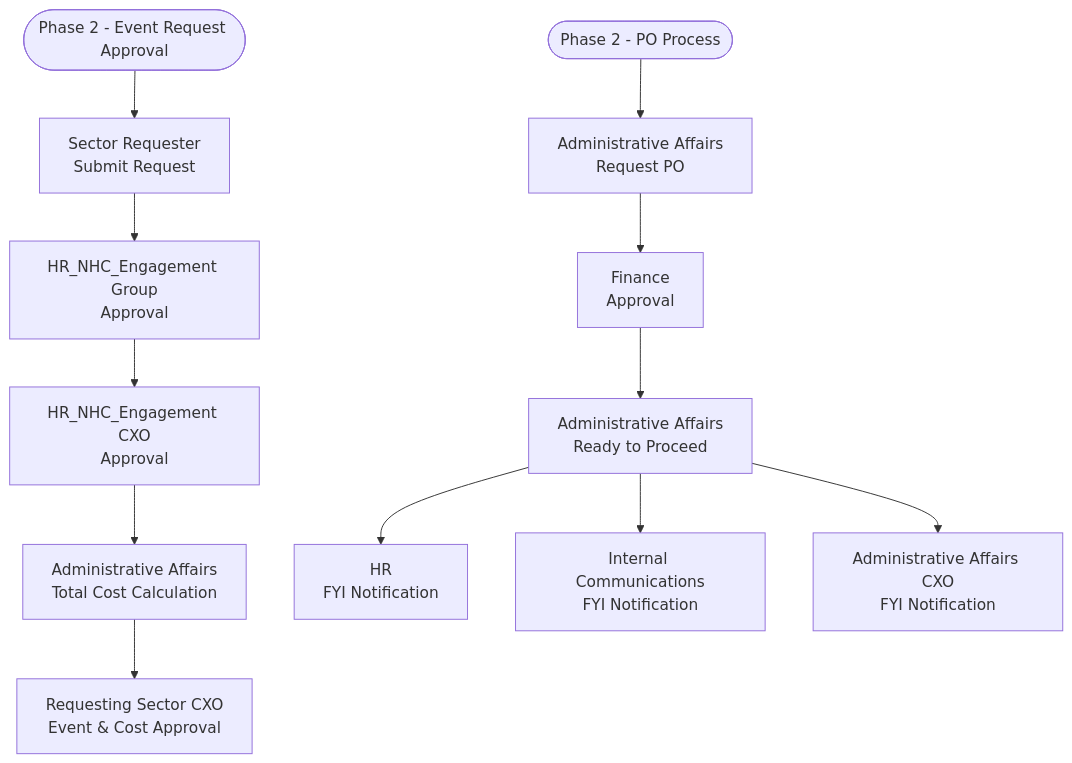
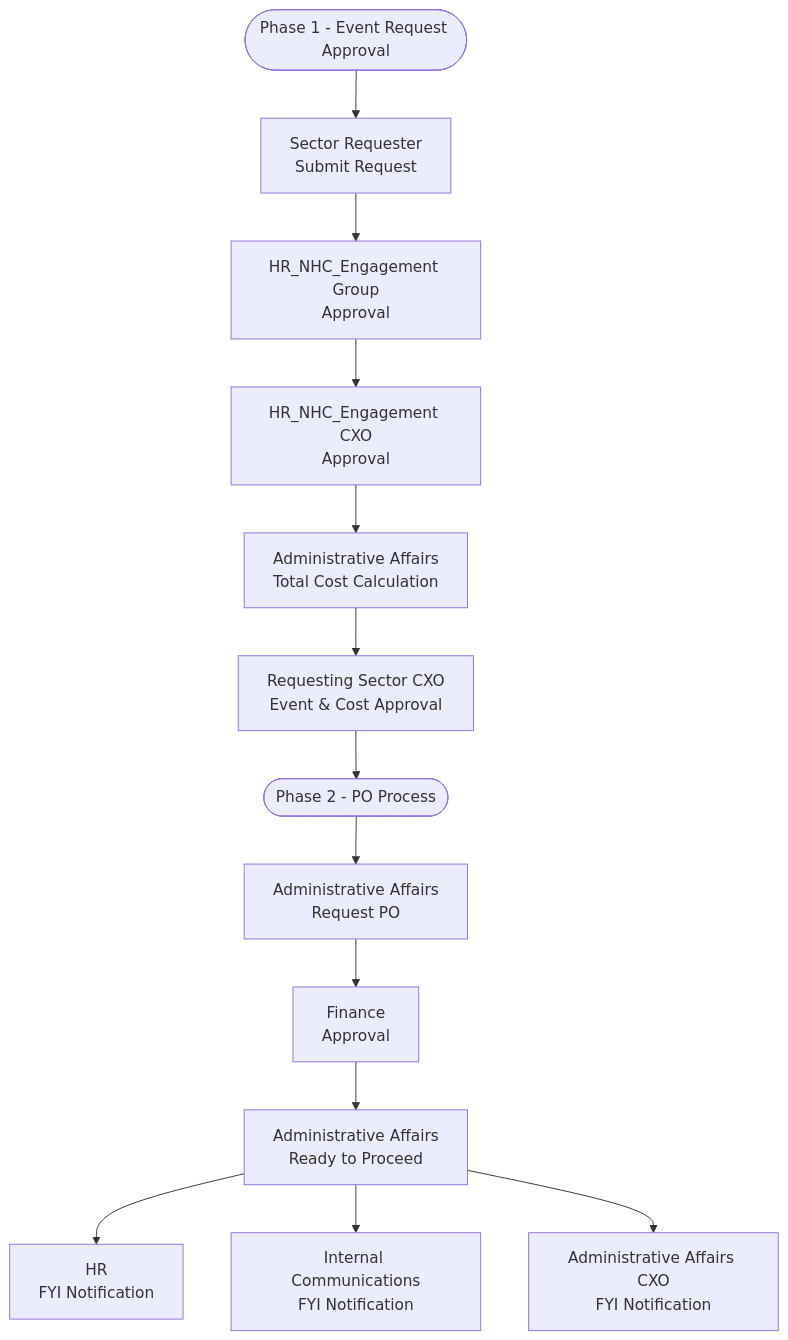
One commit to xfoxxe/dd changed the diagram in README.md. Above: the diagram before and after it, drawn with Mermaid.

Commit message:
Revise event request approval phases in README
Updated flowchart to reflect changes in event request phases.

````diff
--- a/README.md
+++ b/README.md
@@ -1,22 +1,25 @@
 ```mermaid
 flowchart TD
 
-    X(["Phase 2 - Event Request Approval"])
+    X(["Phase 1 - Event Request Approval"])
 
     A1["Sector Requester<br>Submit Request"] --> B1["HR_NHC_Engagement Group<br>Approval"]
     B1 --> C1["HR_NHC_Engagement CXO<br>Approval"]
     C1 --> D1["Administrative Affairs<br>Total Cost Calculation"]
     D1 --> E1["Requesting Sector CXO<br>Event & Cost Approval"]
 
     X --> A1
 
     Y(["Phase 2 - PO Process"])
 
+    E1 --> Y
+
+
     A2["Administrative Affairs<br>Request PO"] --> B2["Finance<br>Approval"]
     B2 --> C2["Administrative Affairs<br>Ready to Proceed"]
     C2 --> D2["HR<br>FYI Notification"]
     C2 --> E2["Internal Communications<br>FYI Notification"]
     C2 --> F2["Administrative Affairs CXO<br>FYI Notification"]
 
     Y --> A2
 ```
````
